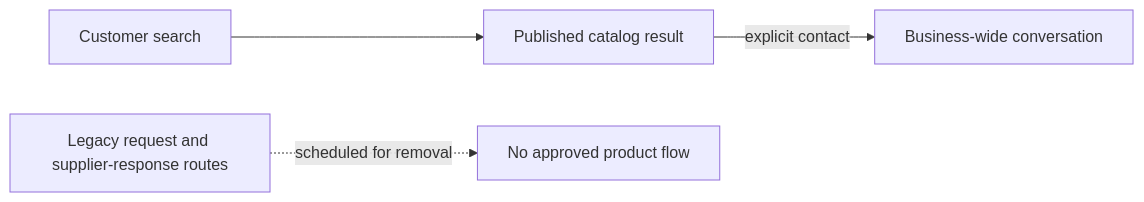
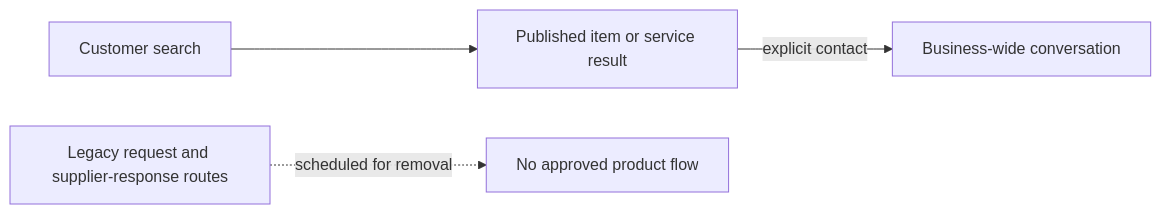
The diagram in AI_Knowledge/features/request/flow.md (Siirio/AskBackend), drawn with Mermaid before and after one commit. The commit also changed 397 other files, not shown here.

````diff
--- a/AI_Knowledge/features/request/flow.md
+++ b/AI_Knowledge/features/request/flow.md
@@ -3,6 +3,6 @@
 ```mermaid
 flowchart LR
-    S[Customer search] --> C[Published catalog result]
+    S[Customer search] --> C[Published item or service result]
     C -->|explicit contact| M[Business-wide conversation]
     R[Legacy request and supplier-response routes] -. scheduled for removal .-> X[No approved product flow]
 ```
````
